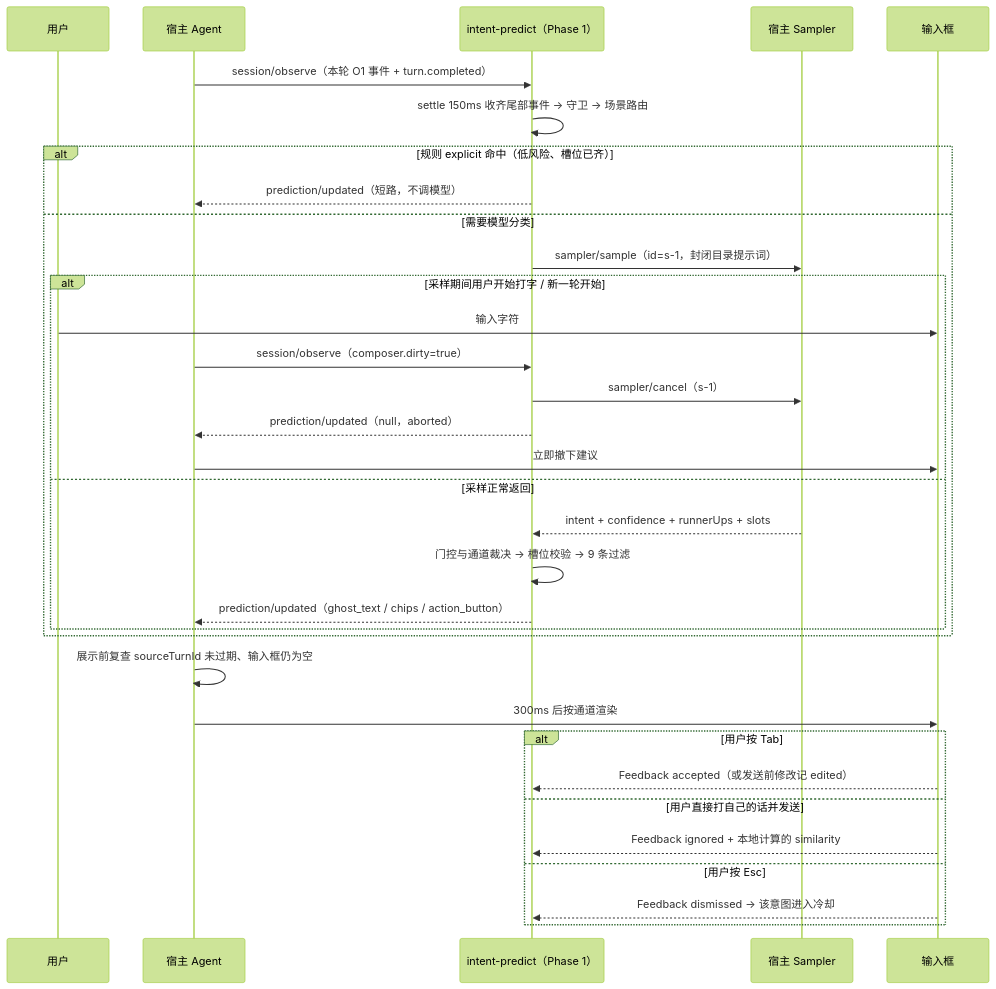
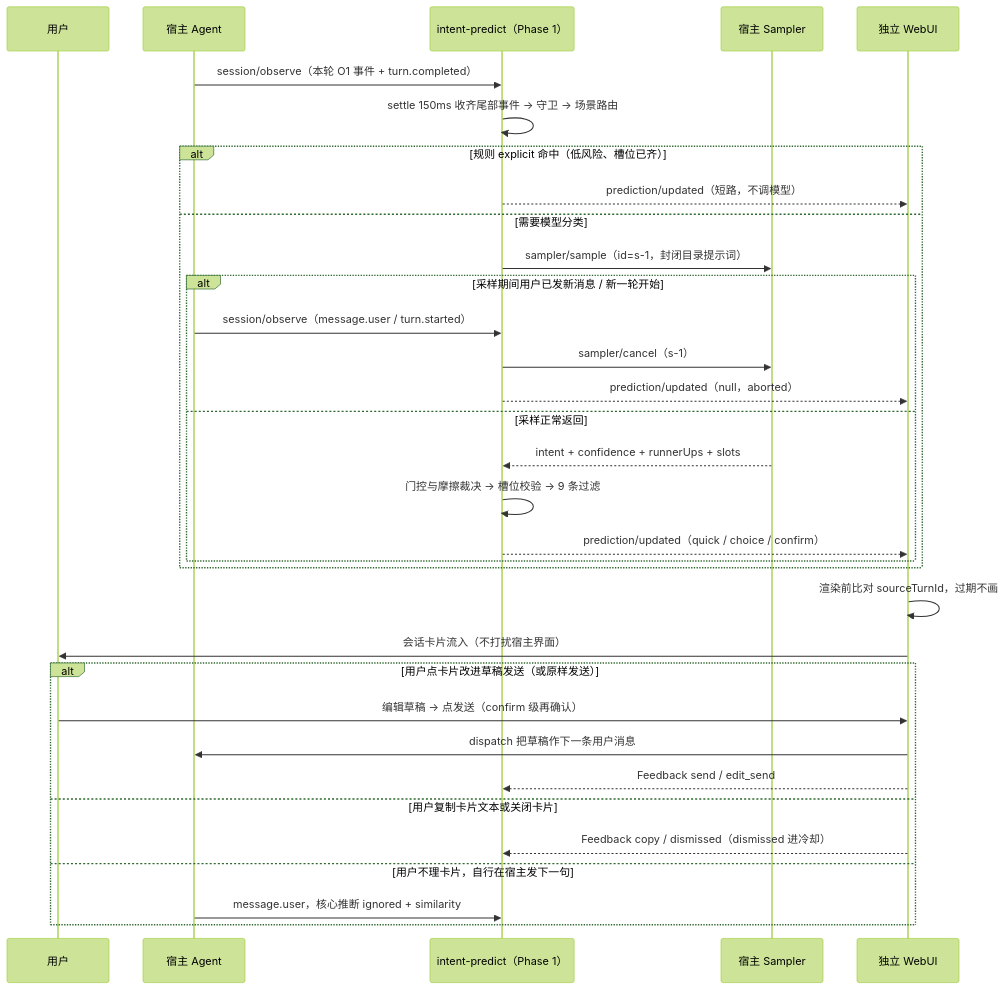
One commit to susyimes/intent-predict changed the second of 7 diagrams in docs/diagrams.md. Above: the diagram before and after it, drawn with Mermaid (forest theme). The commit also changed other lines of this file and 13 other files, not shown here.

Commit message:
feat(spec): fully decouple from host composer with independent Web UI (quick/choice/confirm tiers, dispatch modes, Phase 1 mockup)

````diff
--- a/docs/diagrams.md
+++ b/docs/diagrams.md
@@ -86,36 +90,36 @@
 ```mermaid
 sequenceDiagram
   participant U as 用户
   participant H as 宿主 Agent
   participant P as intent-predict（Phase 1）
   participant M as 宿主 Sampler
-  participant UI as 输入框
+  participant W as 独立 WebUI
 
   H->>P: session/observe（本轮 O1 事件 + turn.completed）
   P->>P: settle 150ms 收齐尾部事件 → 守卫 → 场景路由
   alt 规则 explicit 命中（低风险、槽位已齐）
-    P-->>H: prediction/updated（短路，不调模型）
+    P-->>W: prediction/updated（短路，不调模型）
   else 需要模型分类
     P->>M: sampler/sample（id=s-1，封闭目录提示词）
-    alt 采样期间用户开始打字 / 新一轮开始
-      U->>UI: 输入字符
-      H->>P: session/observe（composer.dirty=true）
+    alt 采样期间用户已发新消息 / 新一轮开始
+      H->>P: session/observe（message.user / turn.started）
       P->>M: sampler/cancel（s-1）
-      P-->>H: prediction/updated（null，aborted）
-      H->>UI: 立即撤下建议
+      P-->>W: prediction/updated（null，aborted）
     else 采样正常返回
       M-->>P: intent + confidence + runnerUps + slots
-      P->>P: 门控与通道裁决 → 槽位校验 → 9 条过滤
-      P-->>H: prediction/updated（ghost_text / chips / action_button）
+      P->>P: 门控与摩擦裁决 → 槽位校验 → 9 条过滤
+      P-->>W: prediction/updated（quick / choice / confirm）
     end
   end
-  H->>H: 展示前复查 sourceTurnId 未过期、输入框仍为空
-  H->>UI: 300ms 后按通道渲染
-  alt 用户按 Tab
-    UI-->>P: Feedback accepted（或发送前修改记 edited）
-  else 用户直接打自己的话并发送
-    UI-->>P: Feedback ignored + 本地计算的 similarity
-  else 用户按 Esc
-    UI-->>P: Feedback dismissed → 该意图进入冷却
+  W->>W: 渲染前比对 sourceTurnId，过期不画
+  W->>U: 会话卡片流入（不打扰宿主界面）
+  alt 用户点卡片改进草稿发送（或原样发送）
+    U->>W: 编辑草稿 → 点发送（confirm 级再确认）
+    W->>H: dispatch 把草稿作下一条用户消息
+    W-->>P: Feedback send / edit_send
+  else 用户复制卡片文本或关闭卡片
+    W-->>P: Feedback copy / dismissed（dismissed 进冷却）
+  else 用户不理卡片，自行在宿主发下一句
+    H->>P: message.user，核心推断 ignored + similarity
   end
 ```
````
